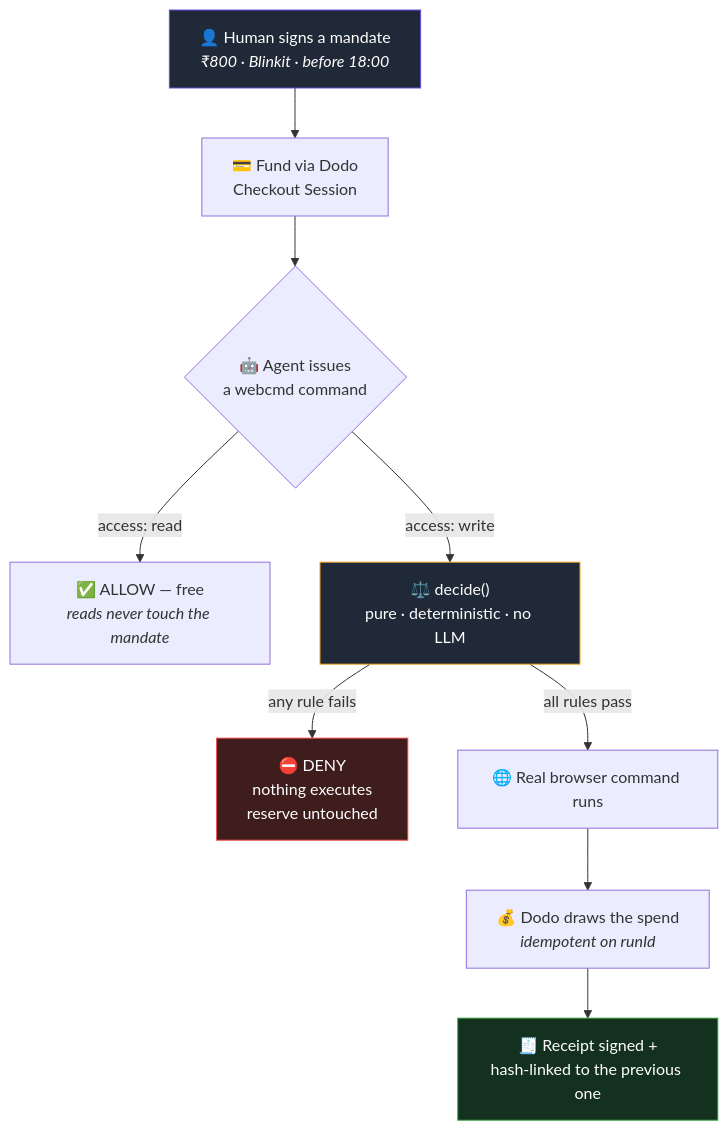
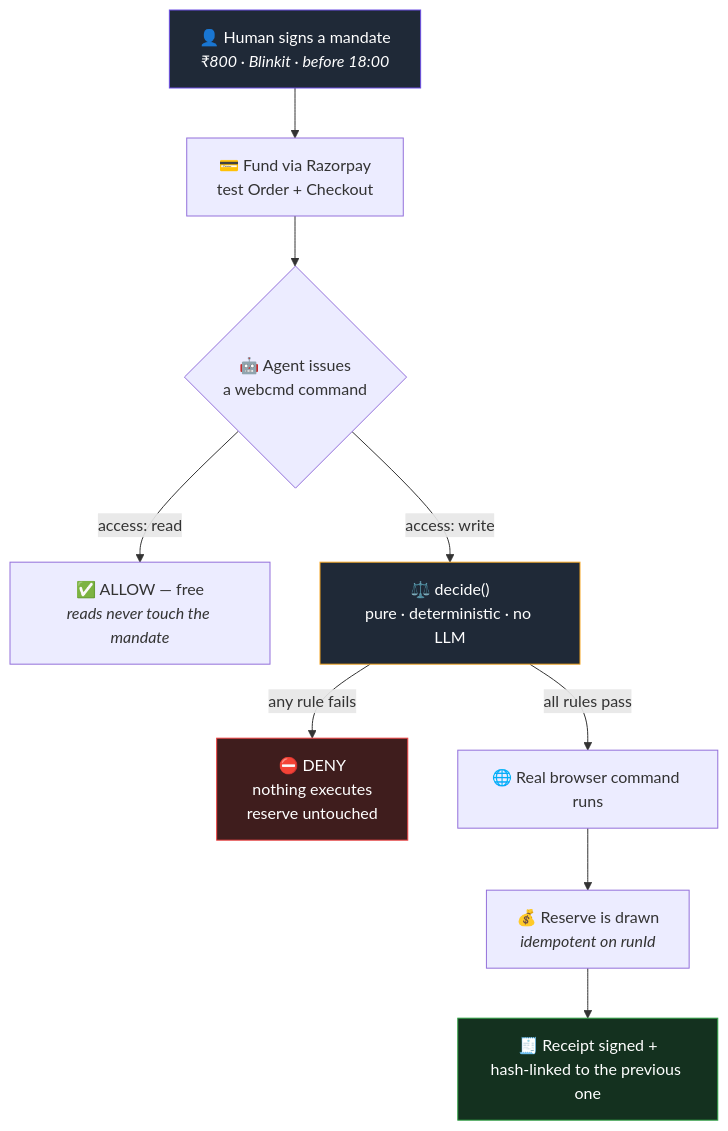
One commit to Agnik47/Vitta changed the first of 2 diagrams in README.md. Above: the diagram before and after it, drawn with Mermaid. The commit also changed other lines of this file and 98 other files, not shown here.

````diff
--- a/README.md
+++ b/README.md
@@ -80,16 +80,16 @@
 ```mermaid
 flowchart TD
-    A["👤 Human signs a mandate<br/><i>₹800 · Blinkit · before 18:00</i>"] --> B["💳 Fund via Dodo<br/>Checkout Session"]
+    A["👤 Human signs a mandate<br/><i>₹800 · Blinkit · before 18:00</i>"] --> B["💳 Fund via Razorpay<br/>test Order + Checkout"]
     B --> C{"🤖 Agent issues<br/>a webcmd command"}
     C -->|"access: read"| D["✅ ALLOW — free<br/><i>reads never touch the mandate</i>"]
     C -->|"access: write"| E["⚖️ decide()<br/>pure · deterministic · no LLM"]
     E -->|"any rule fails"| F["⛔ DENY<br/>nothing executes<br/>reserve untouched"]
     E -->|"all rules pass"| G["🌐 Real browser command runs"]
-    G --> H["💰 Dodo draws the spend<br/><i>idempotent on runId</i>"]
+    G --> H["💰 Reserve is drawn<br/><i>idempotent on runId</i>"]
     H --> I["🧾 Receipt signed +<br/>hash-linked to the previous one"]
 
     style A fill:#1f2937,stroke:#6C4EE3,color:#fff
     style E fill:#1f2937,stroke:#F5A623,color:#fff
     style F fill:#3f1d1d,stroke:#ef4444,color:#fff
     style I fill:#14311f,stroke:#2EA043,color:#fff
 ```
````
